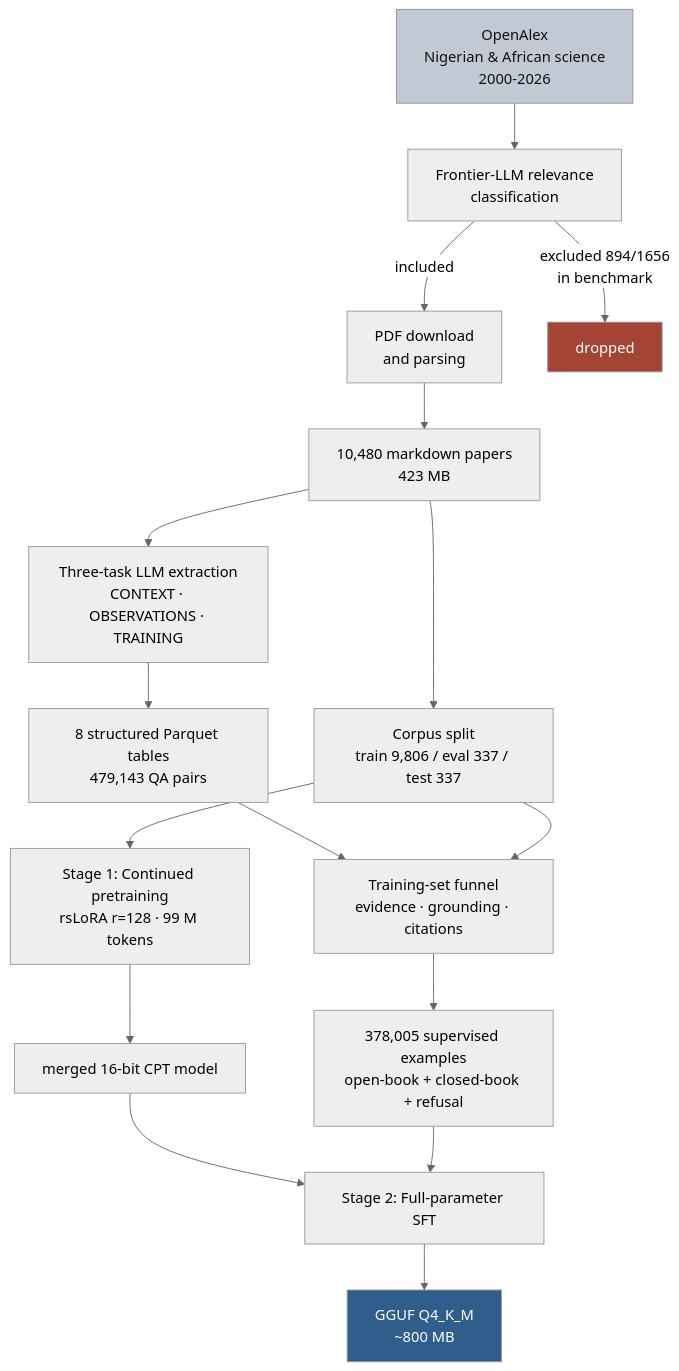
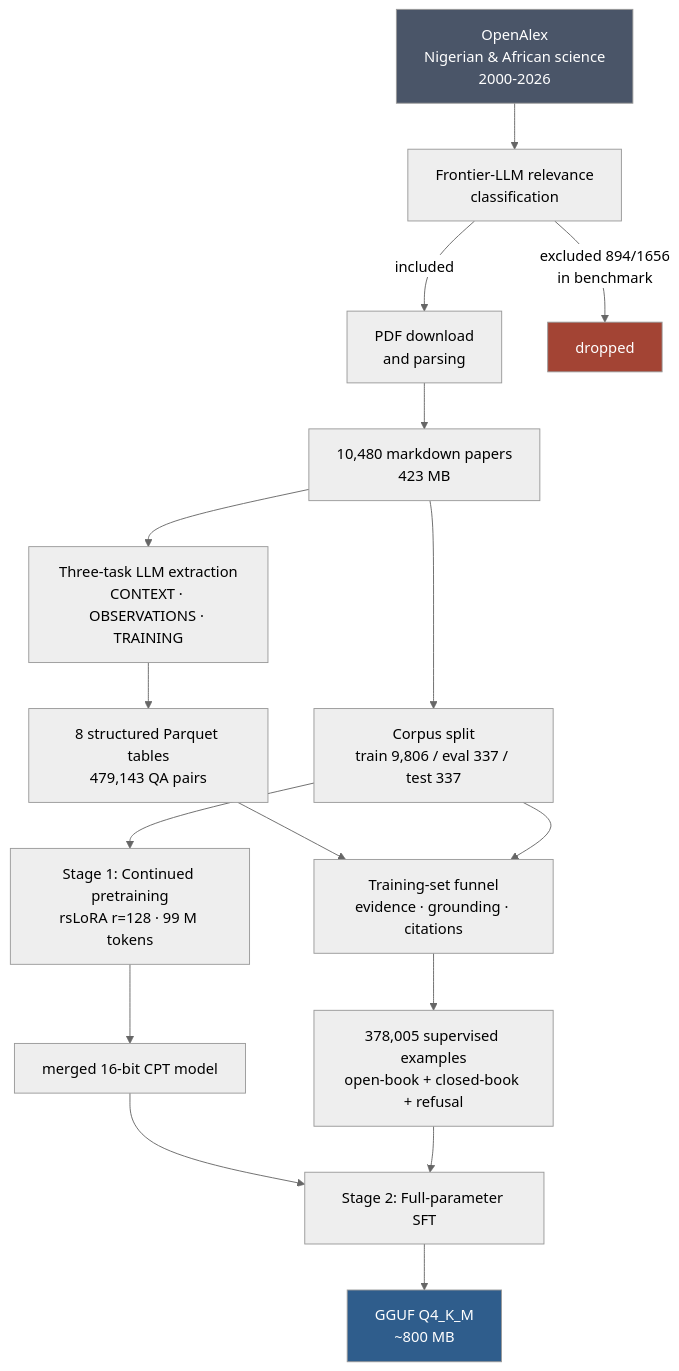
Before and after one commit to Otto-Destiny/mufasa: the second of 19 diagrams in README.md, drawn with Mermaid (neutral theme). The commit also changed other lines of this file, not shown here.

First line of the commit message:
docs: fix unreadable diagram node and clipped chart axes

````diff
--- a/README.md
+++ b/README.md
@@ -126,21 +126,21 @@
 ```mermaid
 flowchart TD
     A["OpenAlex<br/>Nigerian & African science<br/>2000-2026"] --> B["Frontier-LLM relevance<br/>classification"]
     B -->|"included"| C["PDF download<br/>and parsing"]
     B -->|"excluded 894/1656<br/>in benchmark"| X["dropped"]
     C --> D["10,480 markdown papers<br/>423 MB"]
     D --> E["Three-task LLM extraction<br/>CONTEXT · OBSERVATIONS · TRAINING"]
     E --> F["8 structured Parquet tables<br/>479,143 QA pairs"]
     D --> G["Corpus split<br/>train 9,806 / eval 337 / test 337"]
     G --> H["Stage 1: Continued pretraining<br/>rsLoRA r=128 · 99 M tokens"]
     F --> I["Training-set funnel<br/>evidence · grounding · citations"]
     G --> I
     I --> J["378,005 supervised examples<br/>open-book + closed-book + refusal"]
     H --> K["merged 16-bit CPT model"]
     K --> L["Stage 2: Full-parameter SFT"]
     J --> L
     L --> M["GGUF Q4_K_M<br/>~800 MB"]
-    style A fill:#c3c9d4,color:#111,stroke:#8d94a3
+    style A fill:#4a5568,color:#fff
     style M fill:#2f5d8c,color:#fff
     style X fill:#a34434,color:#fff
 ```
````
